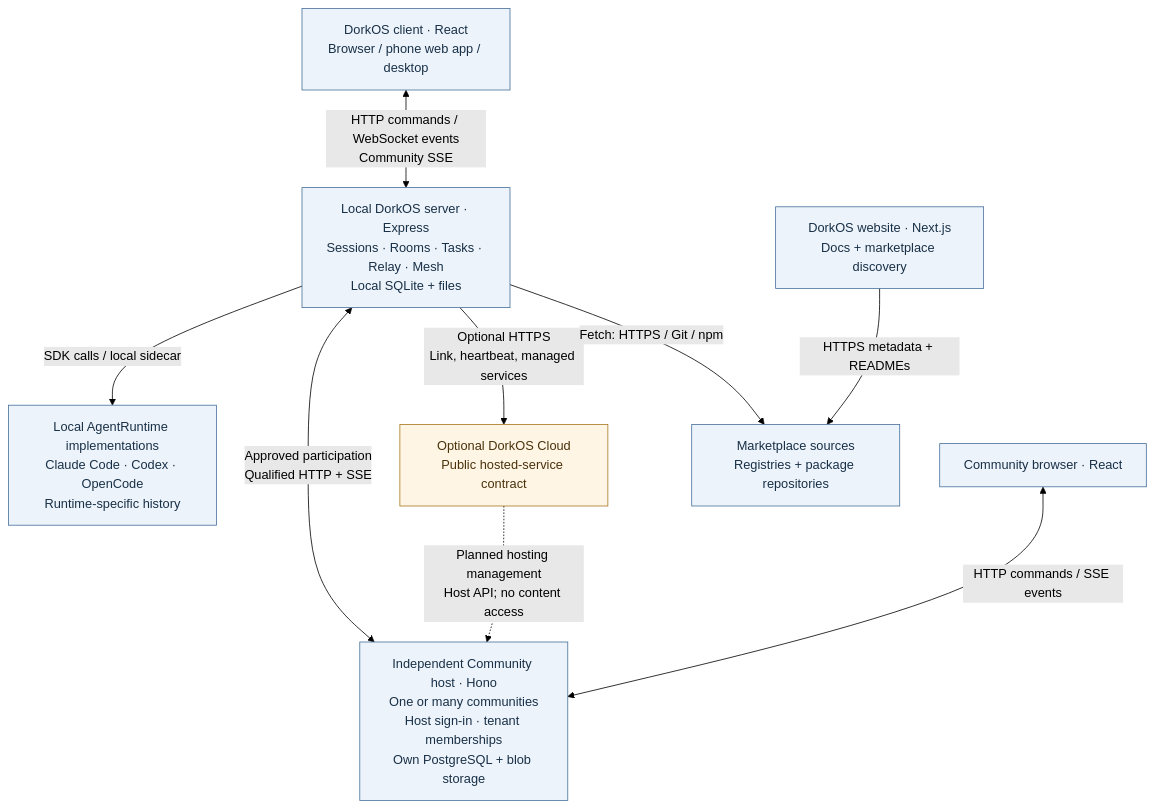
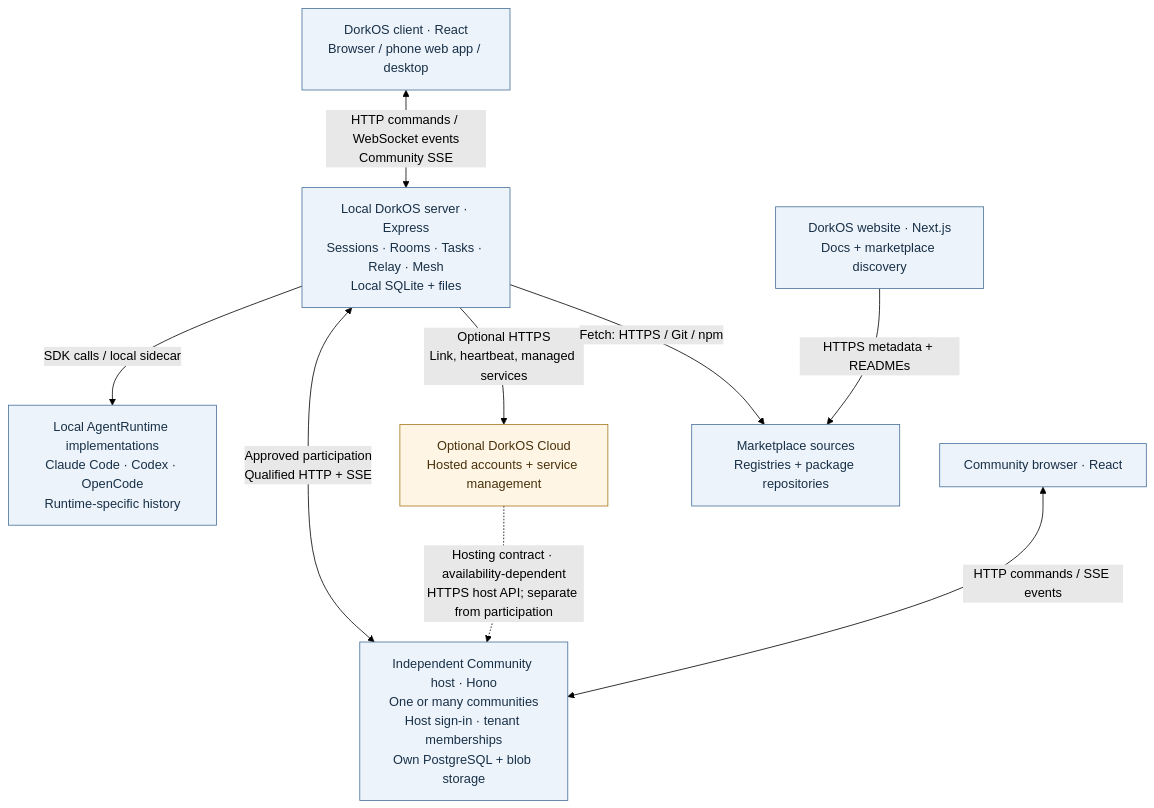
Before and after one commit to dork-labs/dorkos: the diagram in contributing/diagrams/architecture/system-context.mmd, drawn with Mermaid (forest theme). The commit also changed 16 other files, not shown here.

Commit message:
docs(architecture): reconcile completed Cloud boundary and follow-on plans

```diff
--- a/contributing/diagrams/architecture/system-context.mmd
+++ b/contributing/diagrams/architecture/system-context.mmd
@@ -1,23 +1,23 @@
 flowchart TB
   accTitle: DorkOS systems and deployment boundaries
-  accDescr: The client reaches the local execution server. Independent Community hosts serve multiple communities. Cloud hosting management is a planned HTTP connection to the host API, without content access. Marketplace discovery and installation use the same package sources.
+  accDescr: The client reaches the local execution server. Independent Community hosts serve multiple communities. Cloud hosting management uses a separate public host API contract; rollout is independent of local implementation. Marketplace discovery and installation use the same package sources.
   client["DorkOS client · React<br/>Browser / phone web app / desktop"]
   server["Local DorkOS server · Express<br/>Sessions · Rooms · Tasks · Relay · Mesh<br/>Local SQLite + files"]
   runtime["Local AgentRuntime implementations<br/>Claude Code · Codex · OpenCode<br/>Runtime-specific history"]
-  cloud["Optional DorkOS Cloud<br/>Public hosted-service contract"]
+  cloud["Optional DorkOS Cloud<br/>Hosted accounts + service management"]
   community["Independent Community host · Hono<br/>One or many communities<br/>Host sign-in · tenant memberships<br/>Own PostgreSQL + blob storage"]
   communityUI["Community browser · React"]
   sources["Marketplace sources<br/>Registries + package repositories"]
   site["DorkOS website · Next.js<br/>Docs + marketplace discovery"]
   client <-->|"HTTP commands / WebSocket events<br/>Community SSE"| server
   server -->|"SDK calls / local sidecar"| runtime
   server -->|"Optional HTTPS<br/>Link, heartbeat, managed services"| cloud
   server <-->|"Approved participation<br/>Qualified HTTP + SSE"| community
-  cloud -.->|"Planned hosting management<br/>Host API; no content access"| community
+  cloud -.->|"Hosting contract · availability-dependent<br/>HTTPS host API; separate from participation"| community
   communityUI <-->|"HTTP commands / SSE events"| community
   server -->|"Fetch: HTTPS / Git / npm"| sources
   site -->|"HTTPS metadata + READMEs"| sources
   classDef service fill:#edf3fa,stroke:#46709b,color:#183047
   classDef hosted fill:#fff5e4,stroke:#a87720,color:#49320c
   class server,community,runtime,client,communityUI,site,sources service
   class cloud hosted
```
